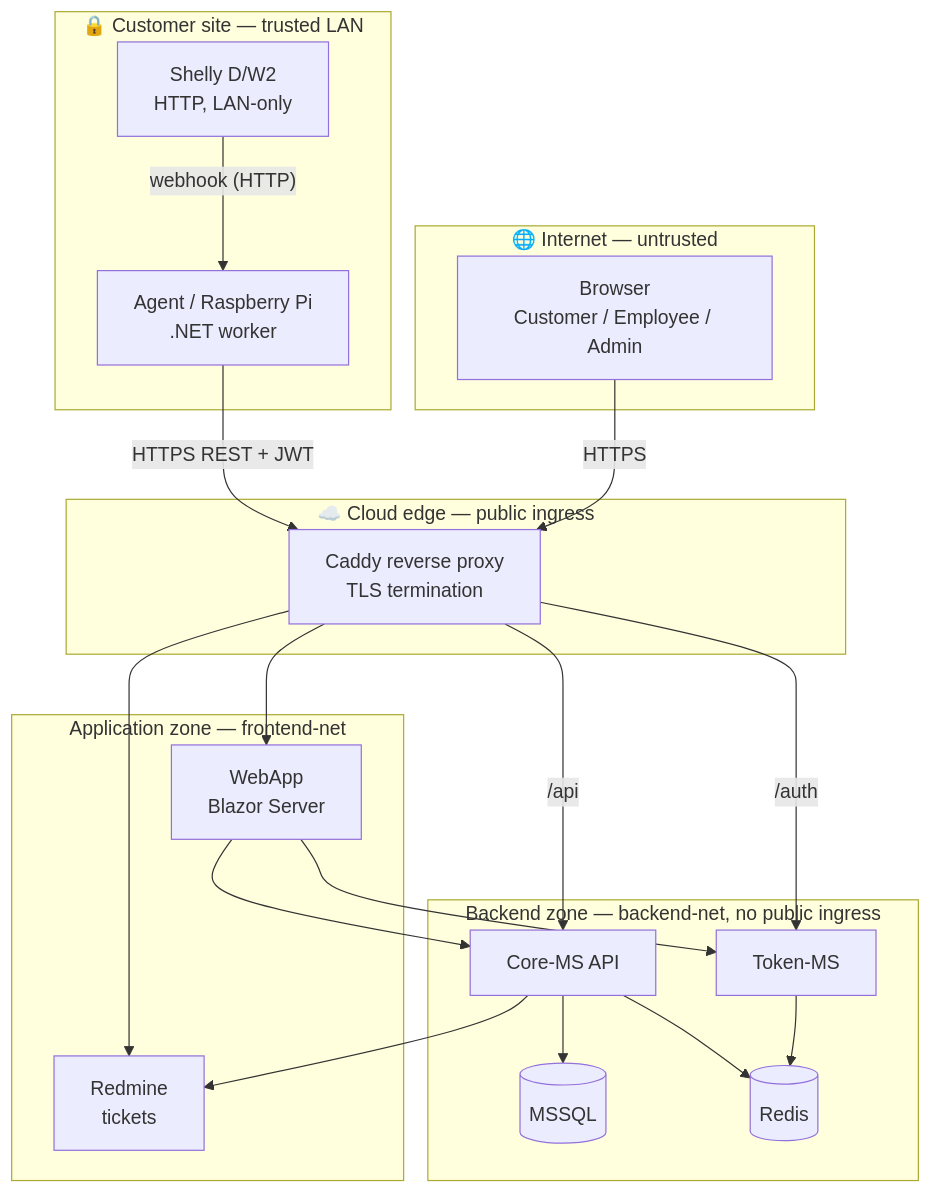
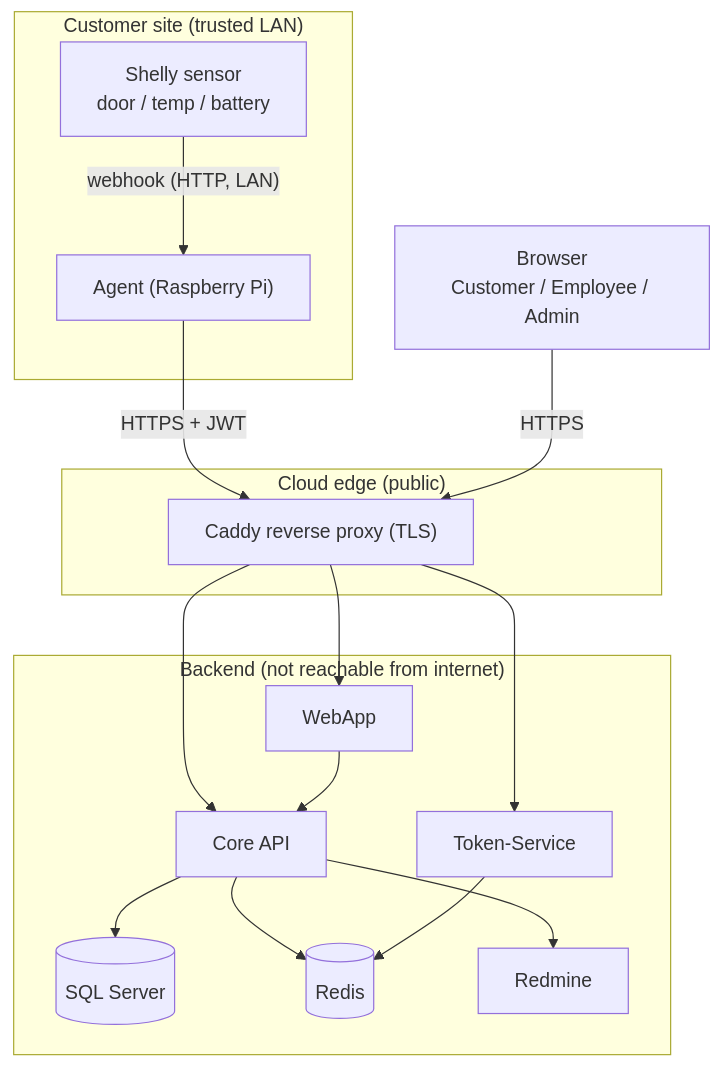
Before and after one commit to vl43den/shellyspotter: the diagram in docs/threat-model.md, drawn with Mermaid. The commit also changed other lines of this file, not shown here.

````diff
--- a/docs/threat-model.md
+++ b/docs/threat-model.md
@@ -40,41 +21,34 @@
 ```mermaid
 flowchart TB
-    subgraph CUST["🔒 Customer site — trusted LAN"]
-        SHELLY["Shelly D/W2<br/>HTTP, LAN-only"]
-        AGENT["Agent / Raspberry Pi<br/>.NET worker"]
+    subgraph CUST["Customer site (trusted LAN)"]
+        SHELLY["Shelly sensor<br/>door / temp / battery"]
+        AGENT["Agent (Raspberry Pi)"]
     end
 
-    subgraph INET["🌐 Internet — untrusted"]
-        USER["Browser<br/>Customer / Employee / Admin"]
+    subgraph EDGE["Cloud edge (public)"]
+        CADDY["Caddy reverse proxy (TLS)"]
     end
 
-    subgraph EDGE["☁️ Cloud edge — public ingress"]
-        CADDY["Caddy reverse proxy<br/>TLS termination"]
+    subgraph BACK["Backend (not reachable from internet)"]
+        WEB["WebApp"]
+        CORE["Core API"]
+        TOK["Token-Service"]
+        DB[("SQL Server")]
+        REDIS[("Redis")]
+        REDM["Redmine"]
     end
 
-    subgraph APP["Application zone — frontend-net"]
-        WEB["WebApp<br/>Blazor Server"]
-        REDM["Redmine<br/>tickets"]
-    end
+    USER["Browser<br/>Customer / Employee / Admin"]
 
-    subgraph BACK["Backend zone — backend-net, no public ingress"]
-        CORE["Core-MS API"]
-        TOK["Token-MS"]
-        DB[("MSSQL")]
-        REDIS[("Redis")]
-    end
-
-    SHELLY -->|"webhook (HTTP)"| AGENT
-    AGENT -->|"HTTPS REST + JWT"| CADDY
-    USER -->|HTTPS| CADDY
-    CADDY --> WEB
-    CADDY -->|"/api"| CORE
-    CADDY -->|"/auth"| TOK
-    CADDY --> REDM
+    SHELLY -->|"webhook (HTTP, LAN)"| AGENT
+    AGENT  -->|"HTTPS + JWT"| CADDY
+    USER   -->|HTTPS| CADDY
+    CADDY  --> WEB
+    CADDY  --> CORE
+    CADDY  --> TOK
     WEB --> CORE
-    WEB --> TOK
     CORE --> DB
     CORE --> REDIS
     CORE --> REDM
-    TOK --> REDIS
+    TOK  --> REDIS
 ```
````
